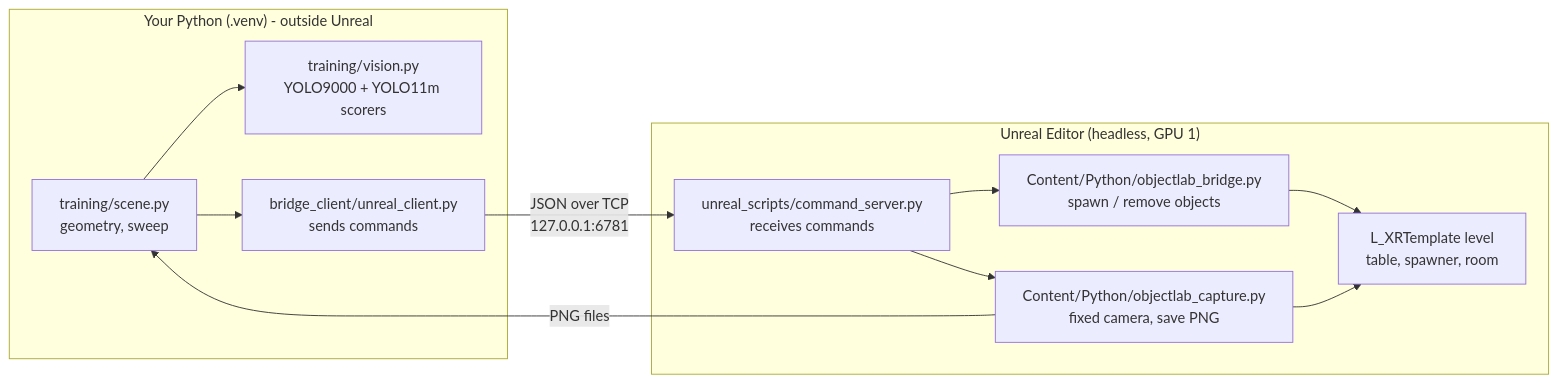
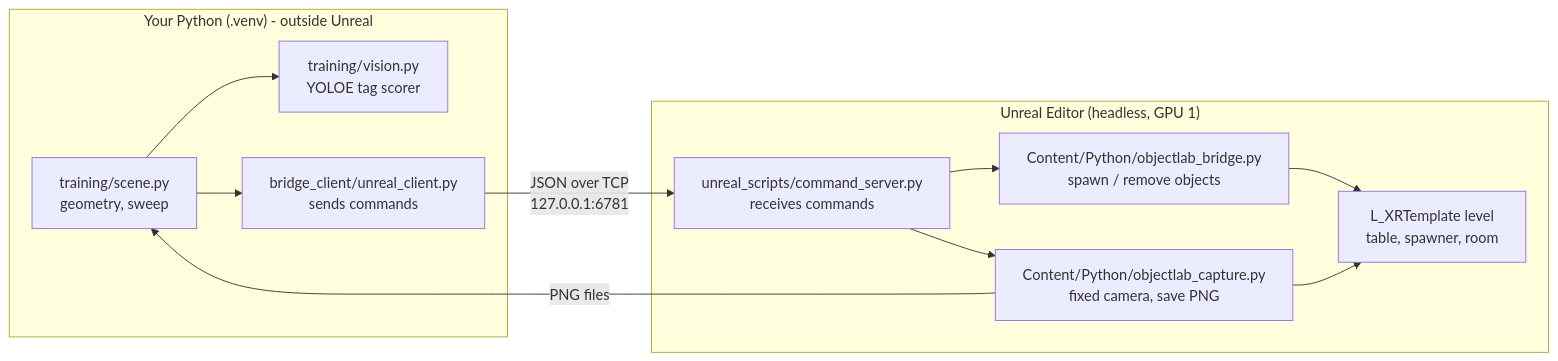
One commit to alek03/lighting-VR-RL changed the first of 2 diagrams in ReadMes/HOW_IT_WORKS.md. Above: the diagram before and after it, drawn with Mermaid. The commit also changed other lines of this file and 19 other files, not shown here.

````diff
--- a/ReadMes/HOW_IT_WORKS.md
+++ b/ReadMes/HOW_IT_WORKS.md
@@ -22,20 +22,20 @@
 ```mermaid
 flowchart LR
     subgraph PY["Your Python (.venv) - outside Unreal"]
         S["training/scene.py<br/>geometry, sweep"]
-        V["training/vision.py<br/>YOLO9000 + YOLO11m scorers"]
+      V["training/vision.py<br/>YOLOE tag scorer"]
         C["bridge_client/unreal_client.py<br/>sends commands"]
         S --> C
         S --> V
     end
     subgraph UE["Unreal Editor (headless, GPU 1)"]
         CS["unreal_scripts/command_server.py<br/>receives commands"]
         OB["Content/Python/objectlab_bridge.py<br/>spawn / remove objects"]
         OC["Content/Python/objectlab_capture.py<br/>fixed camera, save PNG"]
         L["L_XRTemplate level<br/>table, spawner, room"]
         CS --> OB --> L
         CS --> OC --> L
     end
     C -- "JSON over TCP<br/>127.0.0.1:6781" --> CS
     OC -- "PNG files" --> S
 ```
````
